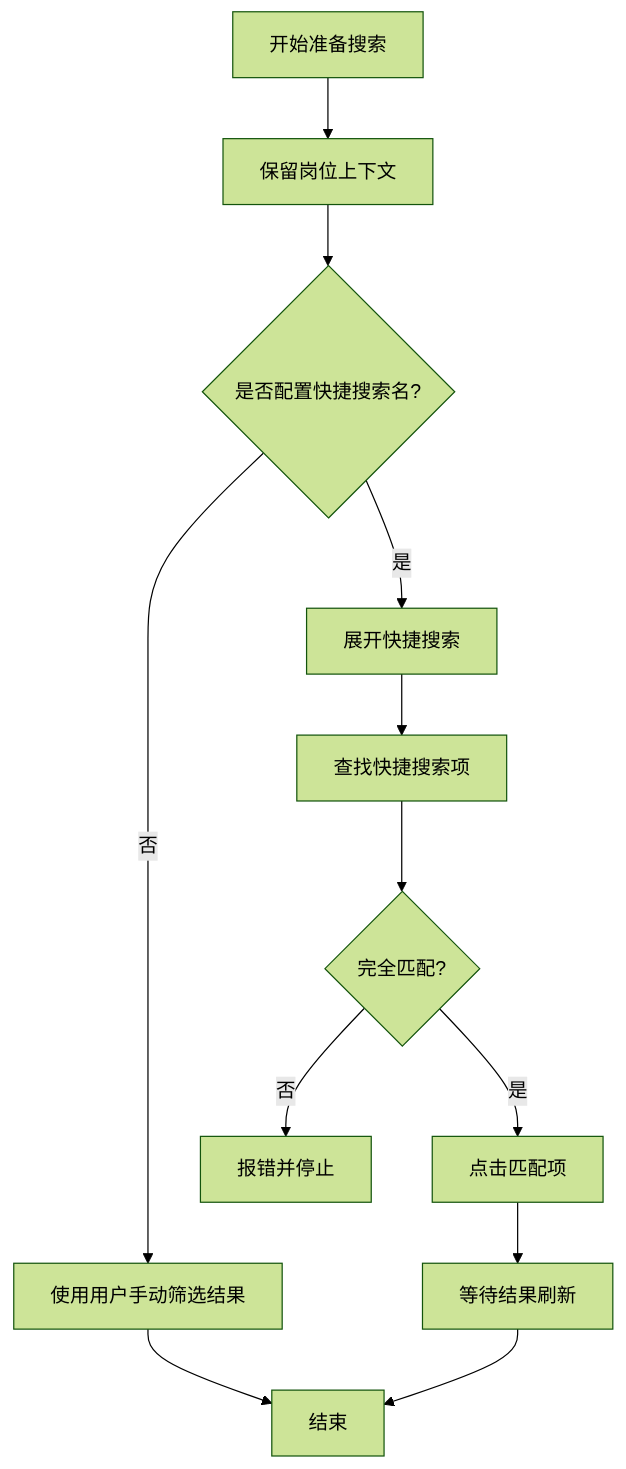
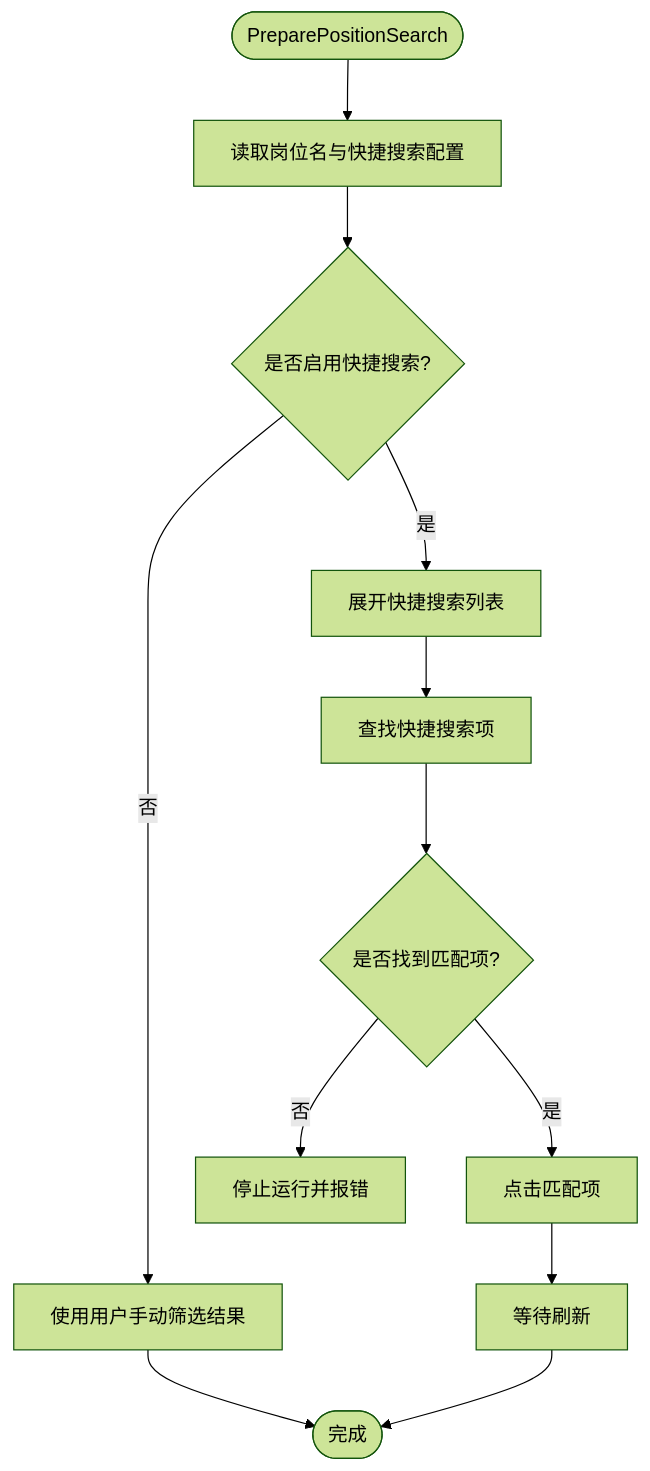
The fourth of 9 diagrams in .qoder/repowiki/zh/content/本地执行器/平台适配器/猎聘适配器/猎聘适配器.md (alvinwangzi/goodhr), drawn with Mermaid (forest theme) before and after one commit. The commit also changed other lines of this file and 149 other files, not shown here.

````diff
--- a/.qoder/repowiki/zh/content/本地执行器/平台适配器/猎聘适配器/猎聘适配器.md
+++ b/.qoder/repowiki/zh/content/本地执行器/平台适配器/猎聘适配器/猎聘适配器.md
@@ -159,14 +172,14 @@
 ```mermaid
 flowchart TD
-SStart["开始准备搜索"] --> KeepCtx["保留岗位上下文"]
-KeepCtx --> Mode{"是否配置快捷搜索名?"}
-Mode --> |否| Manual["使用用户手动筛选结果"]
-Mode --> |是| ExpandShortcuts["展开快捷搜索"]
-ExpandShortcuts --> FindItems["查找快捷搜索项"]
-FindItems --> MatchName{"完全匹配?"}
-MatchName --> |是| ClickItem["点击匹配项"]
-MatchName --> |否| Error1["报错并停止"]
-ClickItem --> WaitRefresh["等待结果刷新"]
-Manual --> End["结束"]
-WaitRefresh --> End
+Start(["PreparePositionSearch"]) --> ReadCfg["读取岗位名与快捷搜索配置"]
+ReadCfg --> Mode{"是否启用快捷搜索?"}
+Mode -- 否 --> UseManual["使用用户手动筛选结果"]
+Mode -- 是 --> Expand["展开快捷搜索列表"]
+Expand --> FindItems["查找快捷搜索项"]
+FindItems --> Match{"是否找到匹配项?"}
+Match -- 否 --> Stop["停止运行并报错"]
+Match -- 是 --> ClickItem["点击匹配项"]
+ClickItem --> WaitRefresh["等待刷新"]
+UseManual --> Done(["完成"])
+WaitRefresh --> Done
 ```
````
